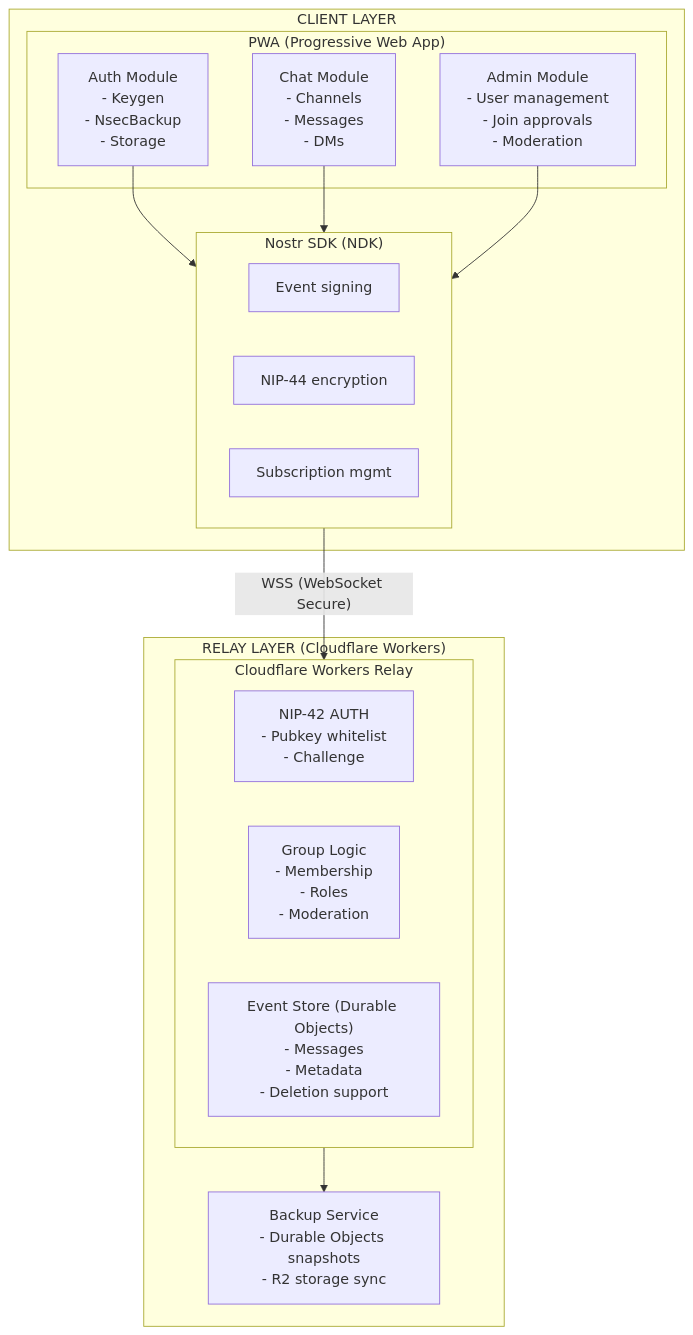
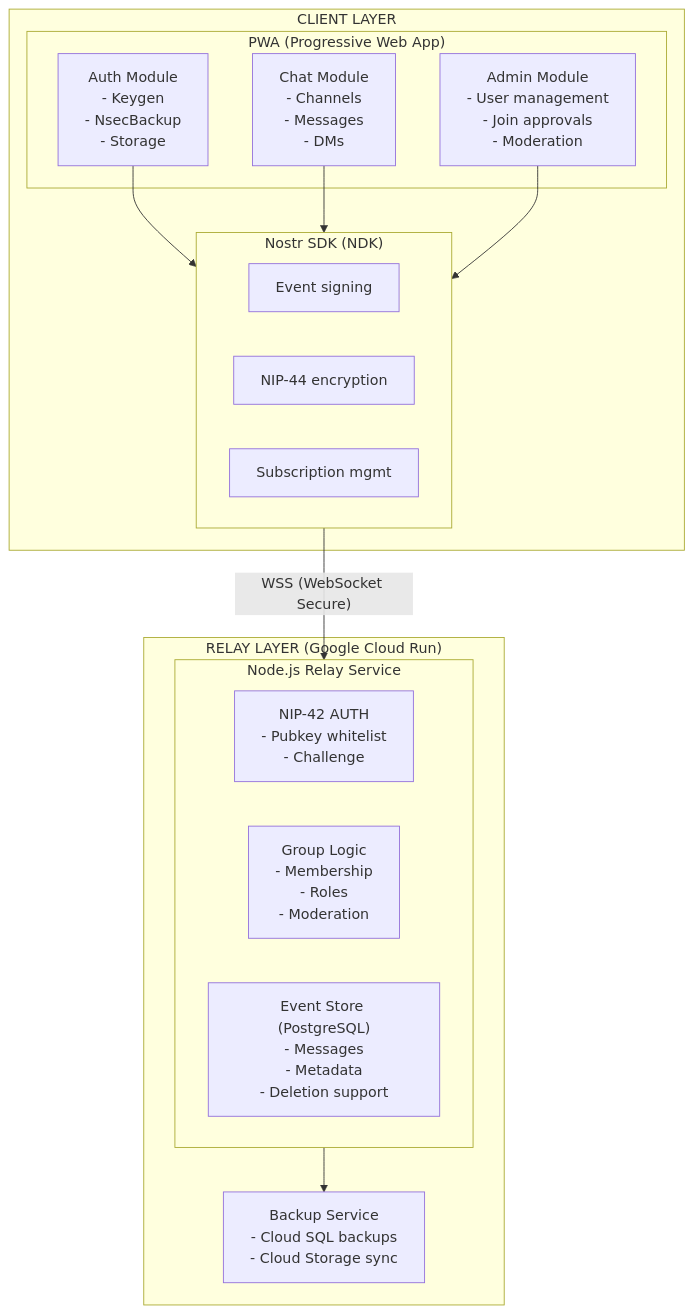
The first of 12 diagrams in docs/architecture/02-architecture.md (DreamLab-AI/fairfield), drawn with Mermaid before and after one commit. The commit also changed other lines of this file and 32 other files, not shown here.

````diff
--- a/docs/architecture/02-architecture.md
+++ b/docs/architecture/02-architecture.md
@@ -30,30 +30,30 @@
 ```mermaid
 graph TB
     subgraph ClientLayer["CLIENT LAYER"]
         subgraph PWA["PWA (Progressive Web App)"]
             Auth["Auth Module<br/>- Keygen<br/>- NsecBackup<br/>- Storage"]
             Chat["Chat Module<br/>- Channels<br/>- Messages<br/>- DMs"]
             Admin["Admin Module<br/>- User management<br/>- Join approvals<br/>- Moderation"]
         end
         subgraph NDK["Nostr SDK (NDK)"]
             Signing["Event signing"]
             Encryption["NIP-44 encryption"]
             Subs["Subscription mgmt"]
         end
     end
 
-    subgraph RelayLayer["RELAY LAYER (Cloudflare Workers)"]
-        subgraph Relay["Cloudflare Workers Relay"]
+    subgraph RelayLayer["RELAY LAYER (Google Cloud Run)"]
+        subgraph Relay["Node.js Relay Service"]
             NIP42["NIP-42 AUTH<br/>- Pubkey whitelist<br/>- Challenge"]
             Groups["Group Logic<br/>- Membership<br/>- Roles<br/>- Moderation"]
-            Store["Event Store (Durable Objects)<br/>- Messages<br/>- Metadata<br/>- Deletion support"]
+            Store["Event Store (PostgreSQL)<br/>- Messages<br/>- Metadata<br/>- Deletion support"]
         end
-        Backup["Backup Service<br/>- Durable Objects snapshots<br/>- R2 storage sync"]
+        Backup["Backup Service<br/>- Cloud SQL backups<br/>- Cloud Storage sync"]
     end
 
     Auth --> NDK
     Chat --> NDK
     Admin --> NDK
     NDK -->|"WSS (WebSocket Secure)"| Relay
     Relay --> Backup
 ```
````
